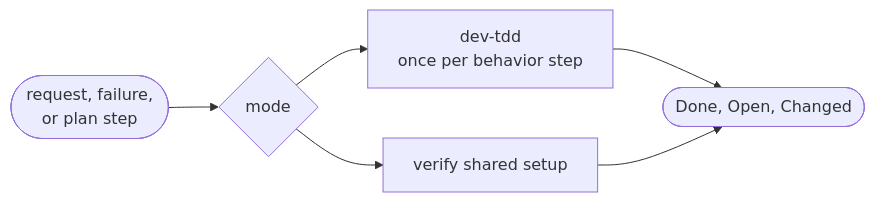
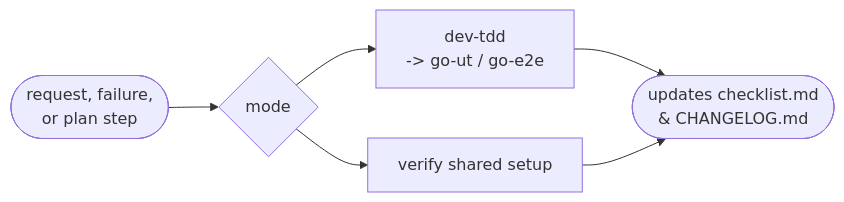
Before and after one commit to le0u0/just-do-it: the diagram in docs/go-work.md, drawn with Mermaid. The commit also changed other lines of this file and 84 other files, not shown here.

Commit message:
feat!: replace justaway mode with independent skill storage, go-setup, go-flow, and to-test-doc

````diff
--- a/docs/go-work.md
+++ b/docs/go-work.md
@@ -7,8 +7,8 @@
 ```mermaid
 flowchart LR
     IN([request, failure,<br/>or plan step]) --> M{mode}
-    M --> D[dev-tdd<br/>once per behavior step]
+    M --> D[dev-tdd<br/>-> go-ut / go-e2e]
     M --> S[verify shared setup]
-    D --> O([Done, Open, Changed])
+    D --> O([updates checklist.md<br/>& CHANGELOG.md])
     S --> O
 ```
````
